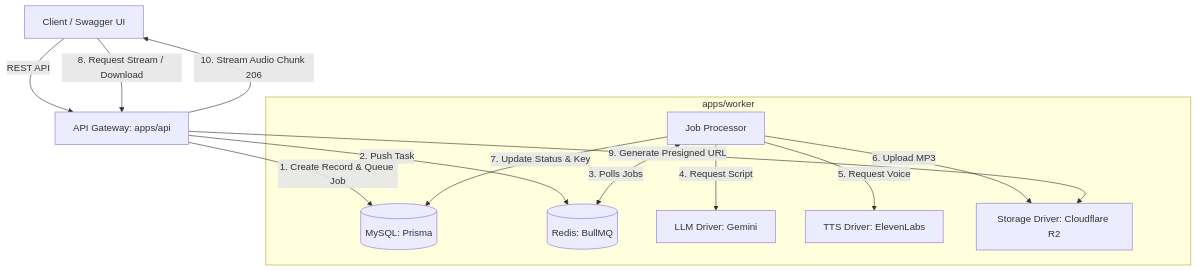
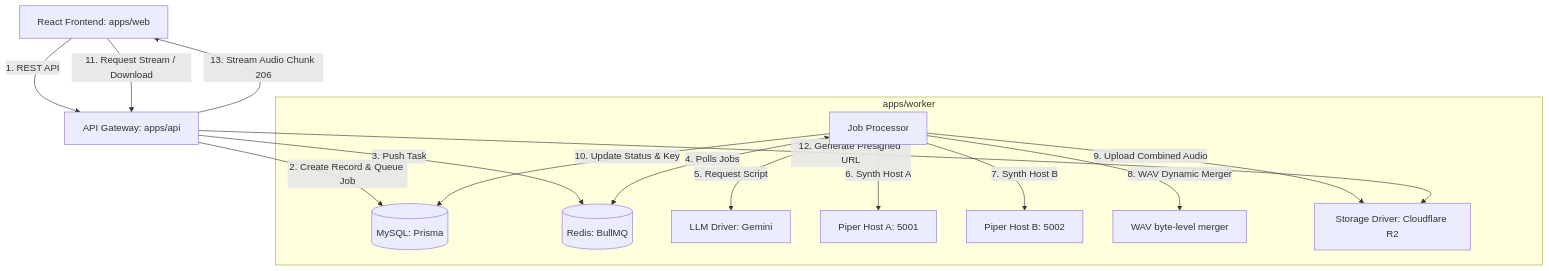
Before and after one commit to rdmaulana/podmine: the diagram in README.md, drawn with Mermaid. The commit also changed other lines of this file and 3 other files, not shown here.

Commit message:
feat: add React frontend, integrate Piper TTS local drivers, and update deployment architecture to support dialogue pipelines

````diff
--- a/README.md
+++ b/README.md
@@ -18,18 +19,20 @@
 ```mermaid
 graph TD
-    Client[Client / Swagger UI] -->|REST API| API[API Gateway: apps/api]
-    API -->|1. Create Record & Queue Job| DB[(MySQL: Prisma)]
-    API -->|2. Push Task| Redis[(Redis: BullMQ)]
+    Client[React Frontend: apps/web] -->|1. REST API| API[API Gateway: apps/api]
+    API -->|2. Create Record & Queue Job| DB[(MySQL: Prisma)]
+    API -->|3. Push Task| Redis[(Redis: BullMQ)]
     
     subgraph Background Worker [apps/worker]
-        Worker[Job Processor] <-->|3. Polls Jobs| Redis
-        Worker -->|4. Request Script| LLM[LLM Driver: Gemini]
-        Worker -->|5. Request Voice| TTS[TTS Driver: ElevenLabs]
-        Worker -->|6. Upload MP3| ST[Storage Driver: Cloudflare R2]
-        Worker -->|7. Update Status & Key| DB
+        Worker[Job Processor] <-->|4. Polls Jobs| Redis
+        Worker -->|5. Request Script| LLM[LLM Driver: Gemini]
+        Worker -->|6. Synth Host A| PiperA[Piper Host A: 5001]
+        Worker -->|7. Synth Host B| PiperB[Piper Host B: 5002]
+        Worker -->|8. WAV Dynamic Merger| WM[WAV byte-level merger]
+        Worker -->|9. Upload Combined Audio| ST[Storage Driver: Cloudflare R2]
+        Worker -->|10. Update Status & Key| DB
     end
 
-    Client -->|8. Request Stream / Download| API
-    API -->|9. Generate Presigned URL| ST
-    API -->|10. Stream Audio Chunk 206| Client
+    Client -->|11. Request Stream / Download| API
+    API -->|12. Generate Presigned URL| ST
+    API -->|13. Stream Audio Chunk 206| Client
 ```
````
